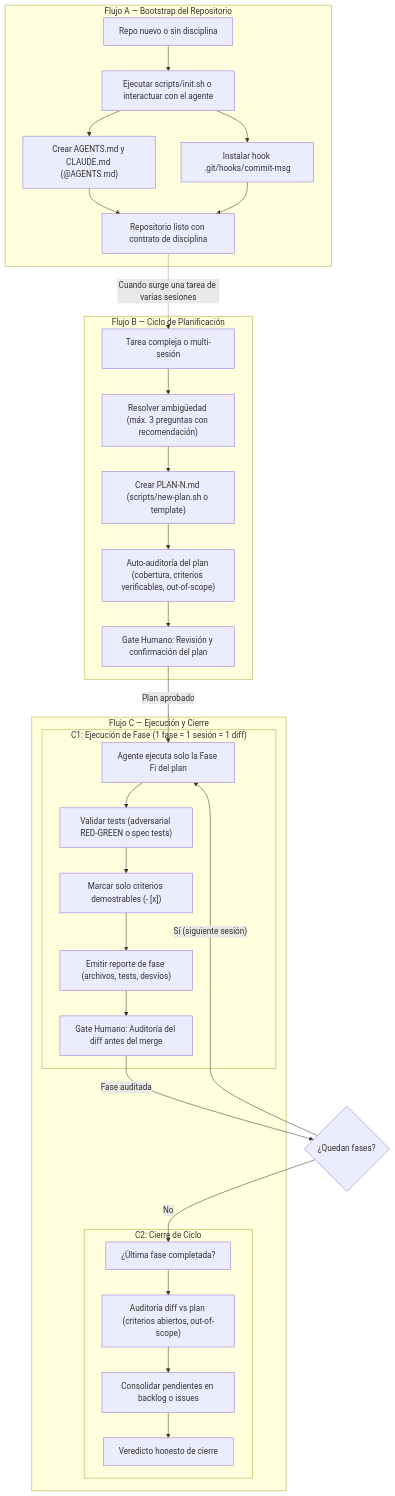
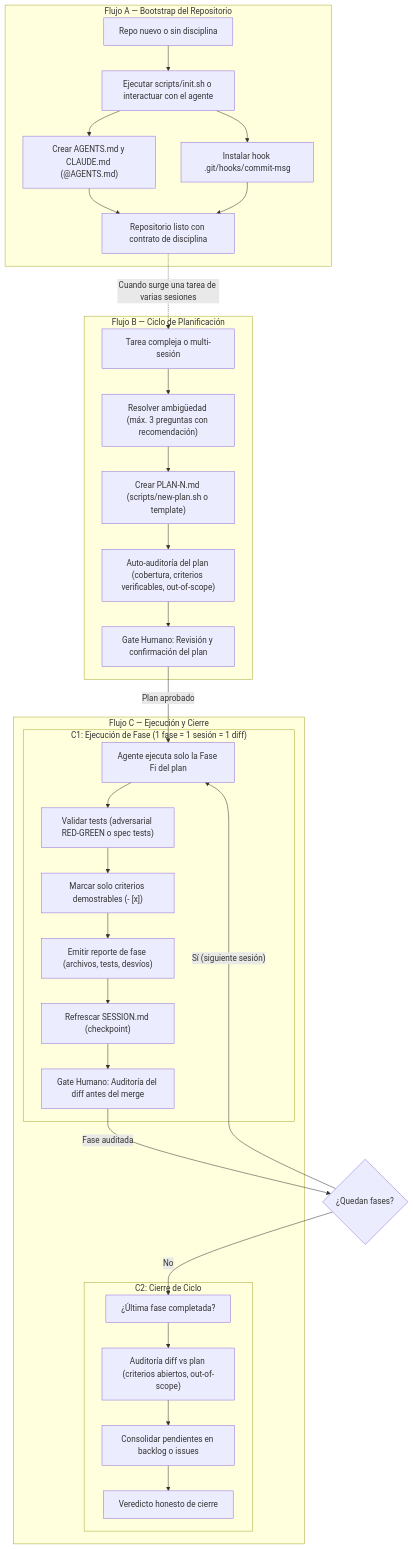
One commit to fdomerlo/disciplined-scaffold changed the diagram in README.md. Above: the diagram before and after it, drawn with Mermaid. The commit also changed other lines of this file and 2 other files, not shown here.

````diff
--- a/README.md
+++ b/README.md
@@ -19,37 +19,38 @@
 ```mermaid
 flowchart TD
     subgraph FlowA["Flujo A — Bootstrap del Repositorio"]
         A1["Repo nuevo o sin disciplina"] --> A2["Ejecutar scripts/init.sh o interactuar con el agente"]
         A2 --> A3["Crear AGENTS.md y CLAUDE.md (@AGENTS.md)"]
         A2 --> A4["Instalar hook .git/hooks/commit-msg"]
         A3 & A4 --> A5["Repositorio listo con contrato de disciplina"]
     end
 
     subgraph FlowB["Flujo B — Ciclo de Planificación"]
         B1["Tarea compleja o multi-sesión"] --> B2["Resolver ambigüedad (máx. 3 preguntas con recomendación)"]
         B2 --> B3["Crear PLAN-N.md (scripts/new-plan.sh o template)"]
         B3 --> B4["Auto-auditoría del plan (cobertura, criterios verificables, out-of-scope)"]
         B4 --> B5["Gate Humano: Revisión y confirmación del plan"]
     end
 
     subgraph FlowC["Flujo C — Ejecución y Cierre"]
         subgraph C1["C1: Ejecución de Fase (1 fase = 1 sesión = 1 diff)"]
             C1_1["Agente ejecuta solo la Fase Fi del plan"] --> C1_2["Validar tests (adversarial RED-GREEN o spec tests)"]
             C1_2 --> C1_3["Marcar solo criterios demostrables (- [x])"]
             C1_3 --> C1_4["Emitir reporte de fase (archivos, tests, desvíos)"]
-            C1_4 --> C1_5["Gate Humano: Auditoría del diff antes del merge"]
+            C1_4 --> C1_4b["Refrescar SESSION.md (checkpoint)"]
+            C1_4b --> C1_5["Gate Humano: Auditoría del diff antes del merge"]
         end
 
         subgraph C2["C2: Cierre de Ciclo"]
             C2_1["¿Última fase completada?"] --> C2_2["Auditoría diff vs plan (criterios abiertos, out-of-scope)"]
             C2_2 --> C2_3["Consolidar pendientes en backlog o issues"]
             C2_3 --> C2_4["Veredicto honesto de cierre"]
         end
     end
 
     A5 -.->|"Cuando surge una tarea de varias sesiones"| B1
     B5 -->|"Plan aprobado"| C1_1
     C1_5 -->|"Fase auditada"| CheckMore{"¿Quedan fases?"}
     CheckMore -->|"Sí (siguiente sesión)"| C1_1
     CheckMore -->|"No"| C2_1
 ```
````
